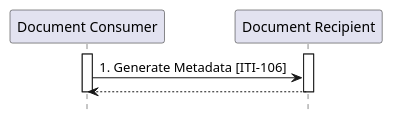
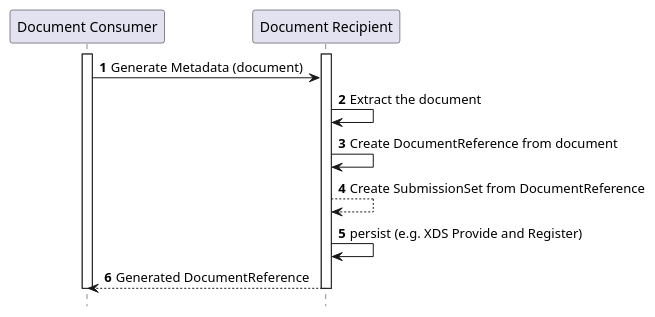
The diagram in input/images-source/ITI-106-seq.plantuml (IHE/ITI.MHD), drawn with PlantUML before and after one commit. The commit also changed 6 other files, not shown here.

```diff
--- a/input/images-source/ITI-106-seq.plantuml
+++ b/input/images-source/ITI-106-seq.plantuml
@@ -1,11 +1,16 @@
 @startuml
 hide footbox
+autonumber
 participant "Document Consumer" as DocumentConsumer
 participant "Document Recipient" as DocumentRecipient
-activate "DocumentConsumer"
-activate "DocumentRecipient"
-"DocumentConsumer" -> "DocumentRecipient" : 1. Generate Metadata [ITI-106]
-return
-deactivate "DocumentConsumer"
-deactivate "DocumentRecipient"
+activate DocumentConsumer
+activate DocumentRecipient
+DocumentConsumer -> DocumentRecipient : Generate Metadata (document)
+DocumentRecipient -> DocumentRecipient : Extract the document
+DocumentRecipient -> DocumentRecipient : Create DocumentReference from document 
+DocumentRecipient --> DocumentRecipient : Create SubmissionSet from DocumentReference
+DocumentRecipient -> DocumentRecipient : persist (e.g. XDS Provide and Register)
+DocumentConsumer <-- DocumentRecipient : Generated DocumentReference
+deactivate DocumentConsumer
+deactivate DocumentRecipient
 @enduml
```
